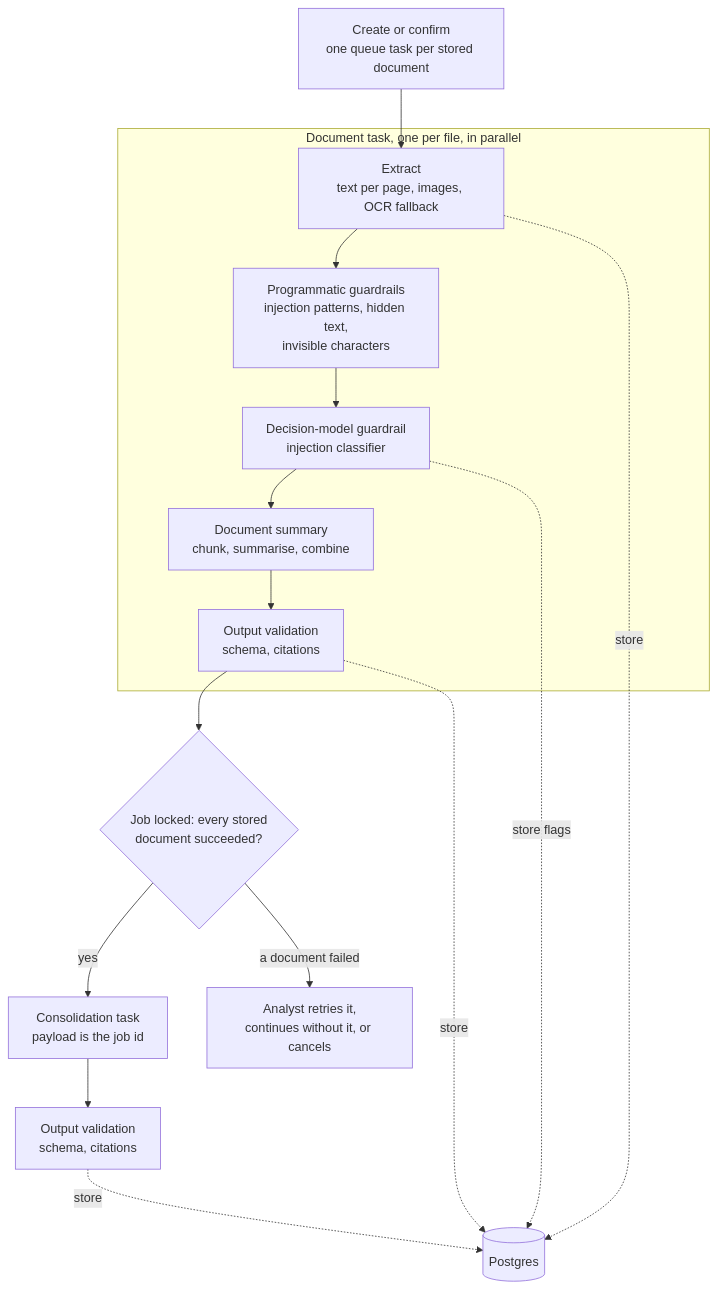
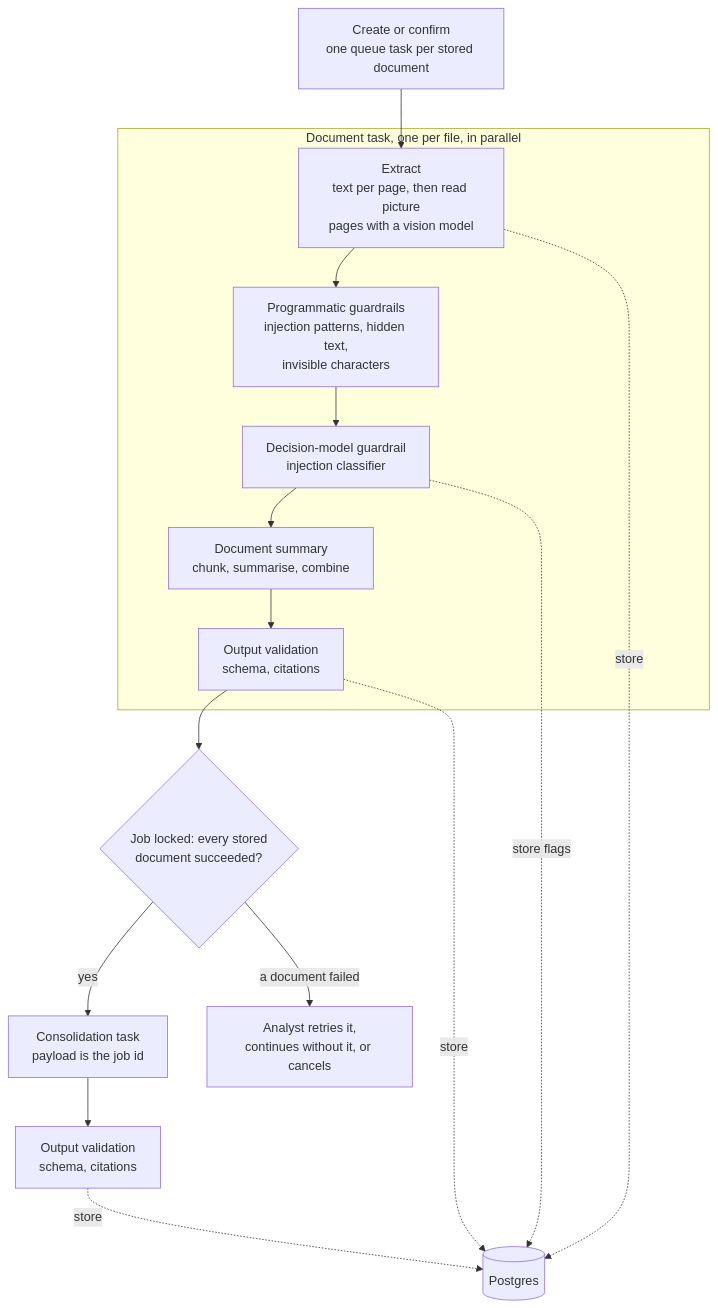
Diagram 12 of 13 in context/architecture.md (nc1z/doc-insight), drawn with Mermaid before and after one commit. The commit also changed other lines of this file and 24 other files, not shown here.

````diff
--- a/context/architecture.md
+++ b/context/architecture.md
@@ -323,21 +323,21 @@
 ```mermaid
 flowchart TD
     Enqueue[Create or confirm<br/>one queue task per stored document] --> Extract
 
     subgraph PerDoc[Document task, one per file, in parallel]
-        Extract[Extract<br/>text per page, images, OCR fallback] --> Checks[Programmatic guardrails<br/>injection patterns, hidden text,<br/>invisible characters]
+        Extract[Extract<br/>text per page, then read picture<br/>pages with a vision model] --> Checks[Programmatic guardrails<br/>injection patterns, hidden text,<br/>invisible characters]
         Checks --> Classifier[Decision-model guardrail<br/>injection classifier]
         Classifier --> Summarise[Document summary<br/>chunk, summarise, combine]
         Summarise --> ValidateDoc[Output validation<br/>schema, citations]
     end
 
     ValidateDoc --> FanIn{Job locked: every stored<br/>document succeeded?}
     FanIn -- yes --> Consolidate[Consolidation task<br/>payload is the job id]
     FanIn -- "a document failed" --> Decide[Analyst retries it,<br/>continues without it, or cancels]
     Consolidate --> ValidateReport[Output validation<br/>schema, citations]
 
     Extract -. store .-> DB[(Postgres)]
     Classifier -. store flags .-> DB
     ValidateDoc -. store .-> DB
     ValidateReport -. store .-> DB
 ```
````
